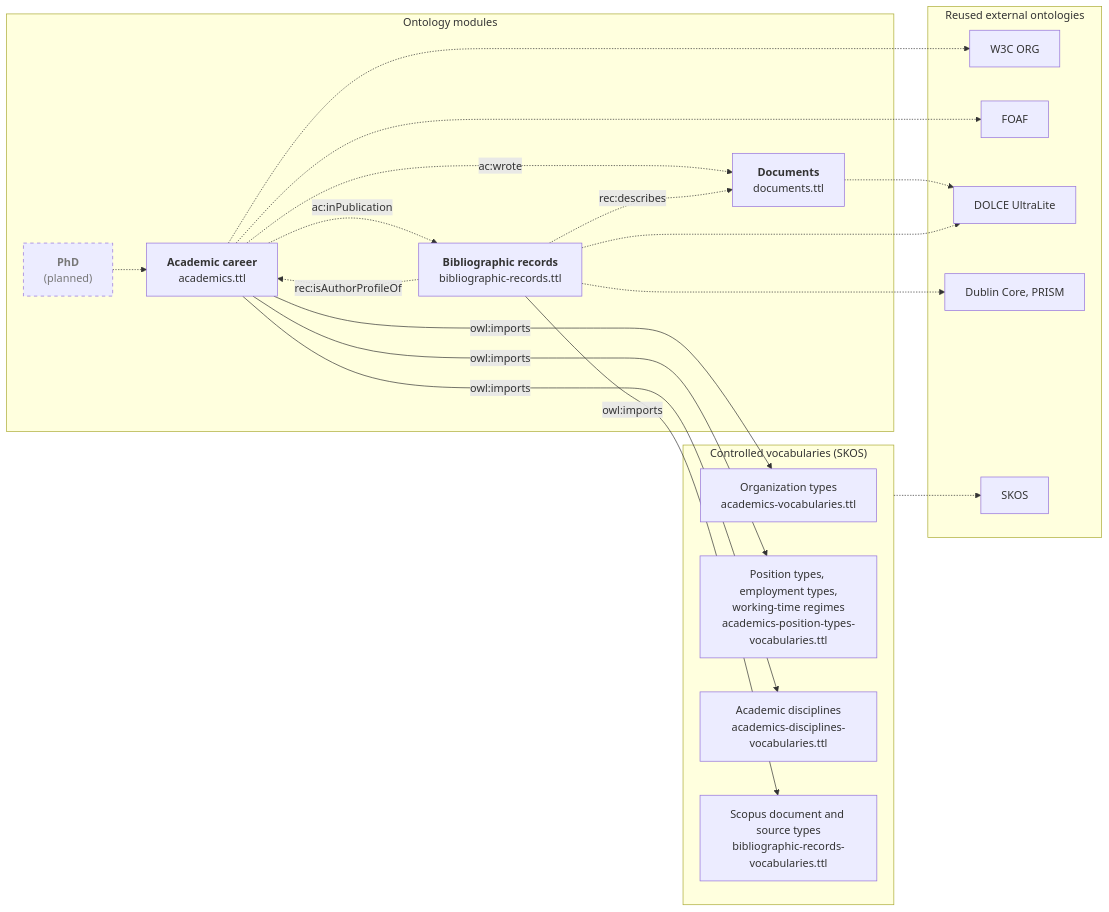
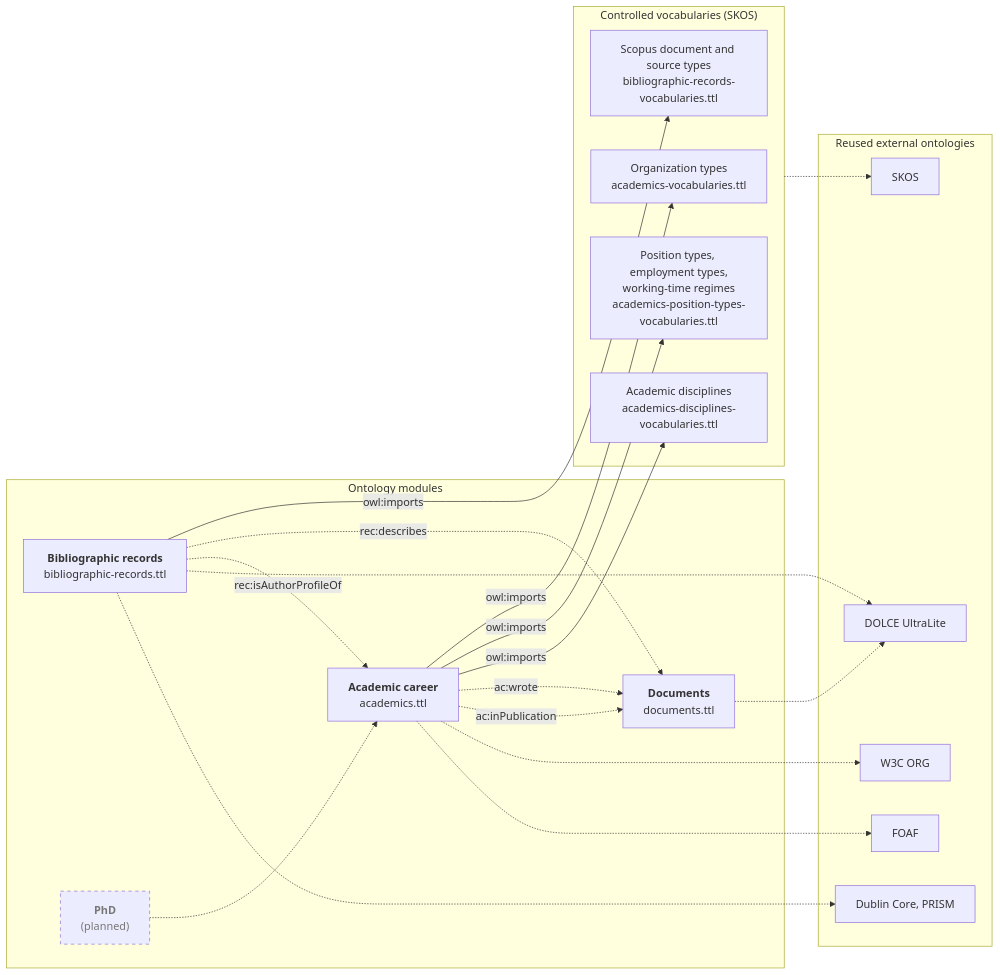
The diagram in risis/README.md (fossr-project/ontology), drawn with Mermaid before and after one commit. The commit also changed other lines of this file and 5 other files, not shown here.

````diff
--- a/risis/README.md
+++ b/risis/README.md
@@ -33,39 +33,39 @@
 ```mermaid
 flowchart LR
   subgraph MOD["Ontology modules"]
     AC["<b>Academic career</b><br/>academics.ttl"]
     PUB["<b>Bibliographic records</b><br/>bibliographic-records.ttl"]
     DOC["<b>Documents</b><br/>documents.ttl"]
     PHD["<b>PhD</b><br/>(planned)"]
   end
   subgraph VOC["Controlled vocabularies (SKOS)"]
     VORG["Organization types<br/>academics-vocabularies.ttl"]
     VPOS["Position types, employment types,<br/>working-time regimes<br/>academics-position-types-vocabularies.ttl"]
     VDIS["Academic disciplines<br/>academics-disciplines-vocabularies.ttl"]
     VPUB["Scopus document and source types<br/>bibliographic-records-vocabularies.ttl"]
   end
   subgraph EXT["Reused external ontologies"]
     ORG["W3C ORG"]
     FOAF["FOAF"]
     DUL["DOLCE UltraLite"]
     MD["Dublin Core, PRISM"]
     SKOS["SKOS"]
   end
   AC -- "owl:imports" --> VORG
   AC -- "owl:imports" --> VPOS
   AC -- "owl:imports" --> VDIS
   PUB -- "owl:imports" --> VPUB
   AC -. "ac:wrote" .-> DOC
-  AC -. "ac:inPublication" .-> PUB
+  AC -. "ac:inPublication" .-> DOC
   PUB -. "rec:describes" .-> DOC
   PUB -. "rec:isAuthorProfileOf" .-> AC
   PHD -.-> AC
   AC -.-> ORG
   AC -.-> FOAF
   DOC -.-> DUL
   PUB -.-> DUL
   PUB -.-> MD
   VOC -.-> SKOS
   classDef planned stroke-dasharray: 5 5,color:#777;
   class PHD planned;
 ```
````
